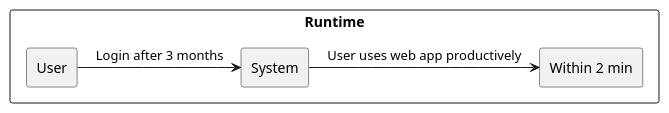
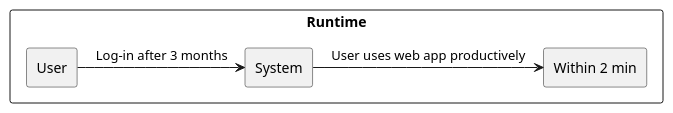
One commit to USI-MSDE-SA-2022/software-architecture-model-tmshts changed the sixth of 12 diagrams in src/sa/model/index.md. Above: the diagram before and after it, drawn with PlantUML. The commit also changed other lines of this file, not shown here.

````diff
--- a/src/sa/model/index.md
+++ b/src/sa/model/index.md
@@ -381,20 +375,20 @@
 ```puml
 @startuml
 
 skinparam componentStyle rectangle
 skinparam monochrome true
 skinparam shadowing false
 
 rectangle "Runtime" {
 
 rectangle "User" as Source
 rectangle "Within 2 min" as Measure
 
-Source -> [System] : "Login after 3 months"
+Source -> [System] : "Log-in after 3 months"
 
 [System] -> [Measure] : "User uses web app productively"
 
 }
 
 @enduml
 ```
````
